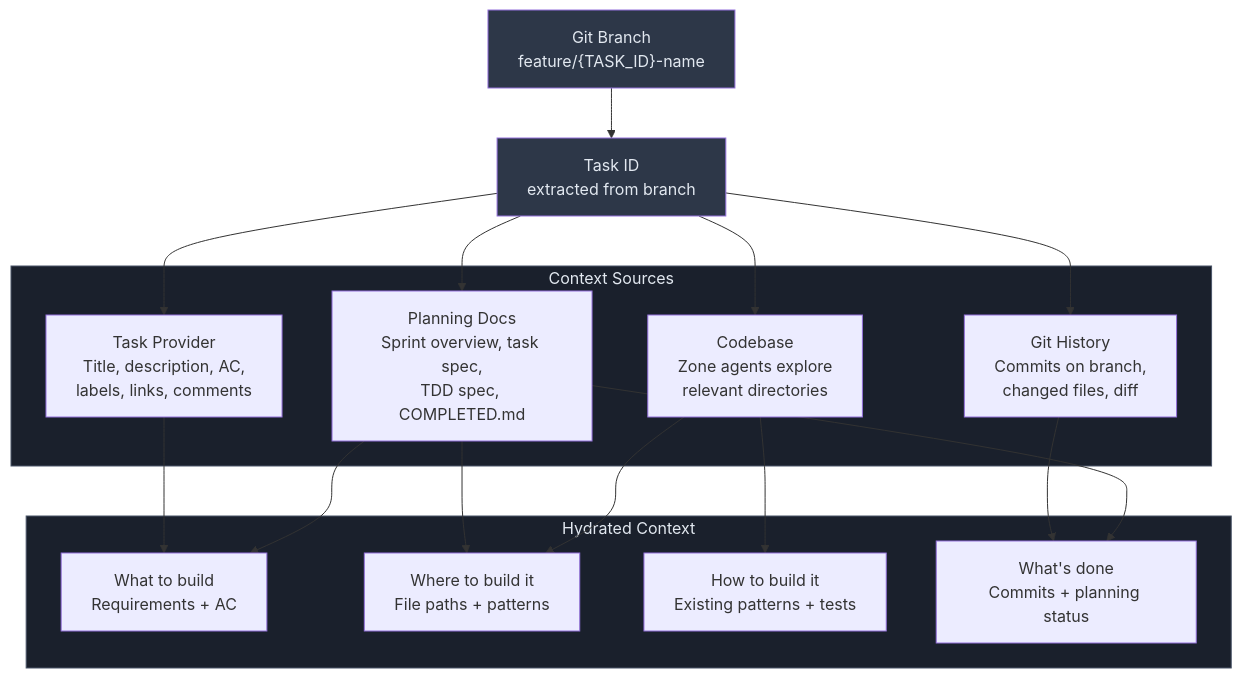
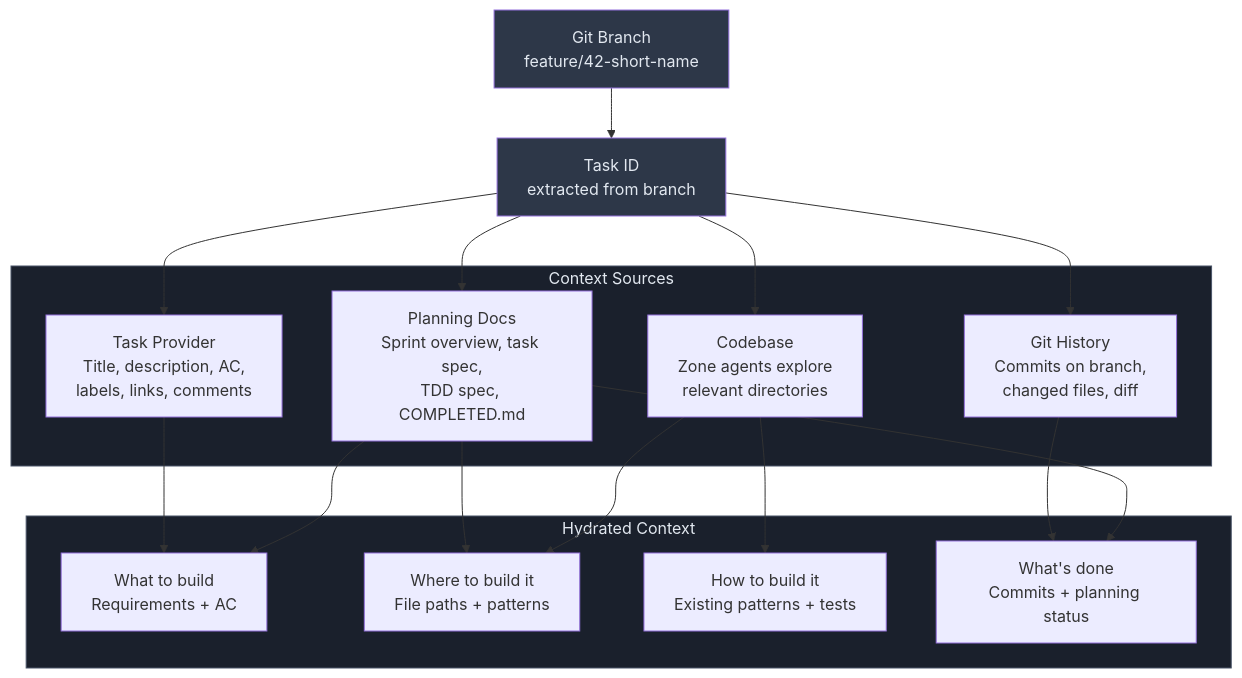
Before and after one commit to StudioMopoke/agentic-bootstrap: the fourth of 6 diagrams in README.md, drawn with Mermaid. The commit also changed other lines of this file and 1 other file, not shown here.

First line of the commit message:
Add auto mode, GitHub utility scripts, and GitHub-first provider support

````diff
--- a/README.md
+++ b/README.md
@@ -193,38 +203,38 @@
 ```mermaid
 flowchart TD
-    branch["Git Branch\nfeature/{TASK_ID}-name"]
+    branch["Git Branch\nfeature/42-short-name"]
     taskid["Task ID\nextracted from branch"]
 
     subgraph sources ["Context Sources"]
         provider["Task Provider\nTitle, description, AC,\nlabels, links, comments"]
         planning["Planning Docs\nSprint overview, task spec,\nTDD spec, COMPLETED.md"]
         codebase["Codebase\nZone agents explore\nrelevant directories"]
         git["Git History\nCommits on branch,\nchanged files, diff"]
     end
 
     subgraph hydrated ["Hydrated Context"]
         what["What to build\nRequirements + AC"]
         where["Where to build it\nFile paths + patterns"]
         how["How to build it\nExisting patterns + tests"]
         progress["What's done\nCommits + planning status"]
     end
 
     branch --> taskid
     taskid --> provider
     taskid --> planning
     taskid --> codebase
     taskid --> git
 
     provider --> what
     planning --> what
     planning --> where
     codebase --> how
     codebase --> where
     git --> progress
     planning --> progress
 
     style branch fill:#2d3748,color:#e2e8f0
     style taskid fill:#2d3748,color:#e2e8f0
     style sources fill:#1a202c,color:#e2e8f0,stroke:#4a5568
     style hydrated fill:#1a202c,color:#e2e8f0,stroke:#4a5568
 ```
````
